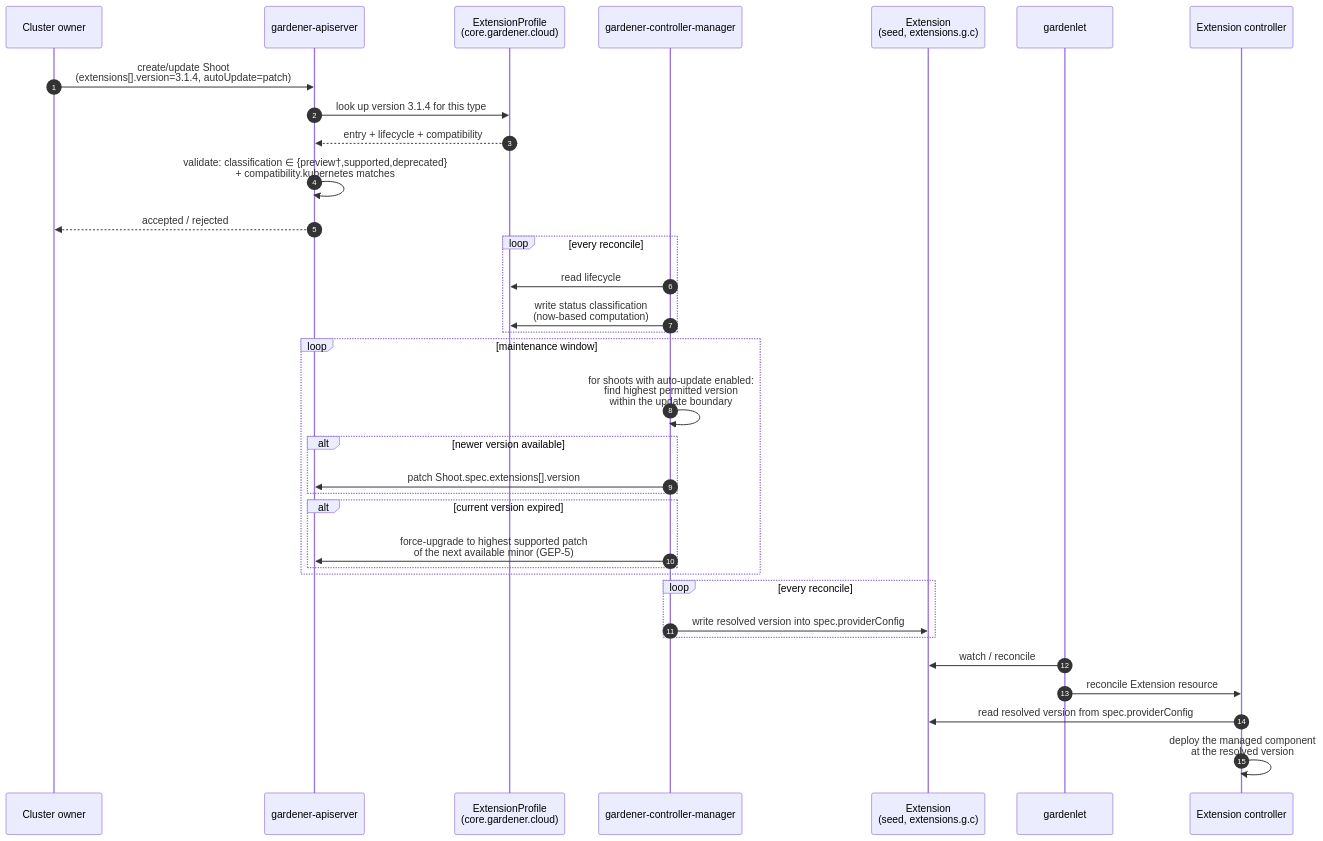
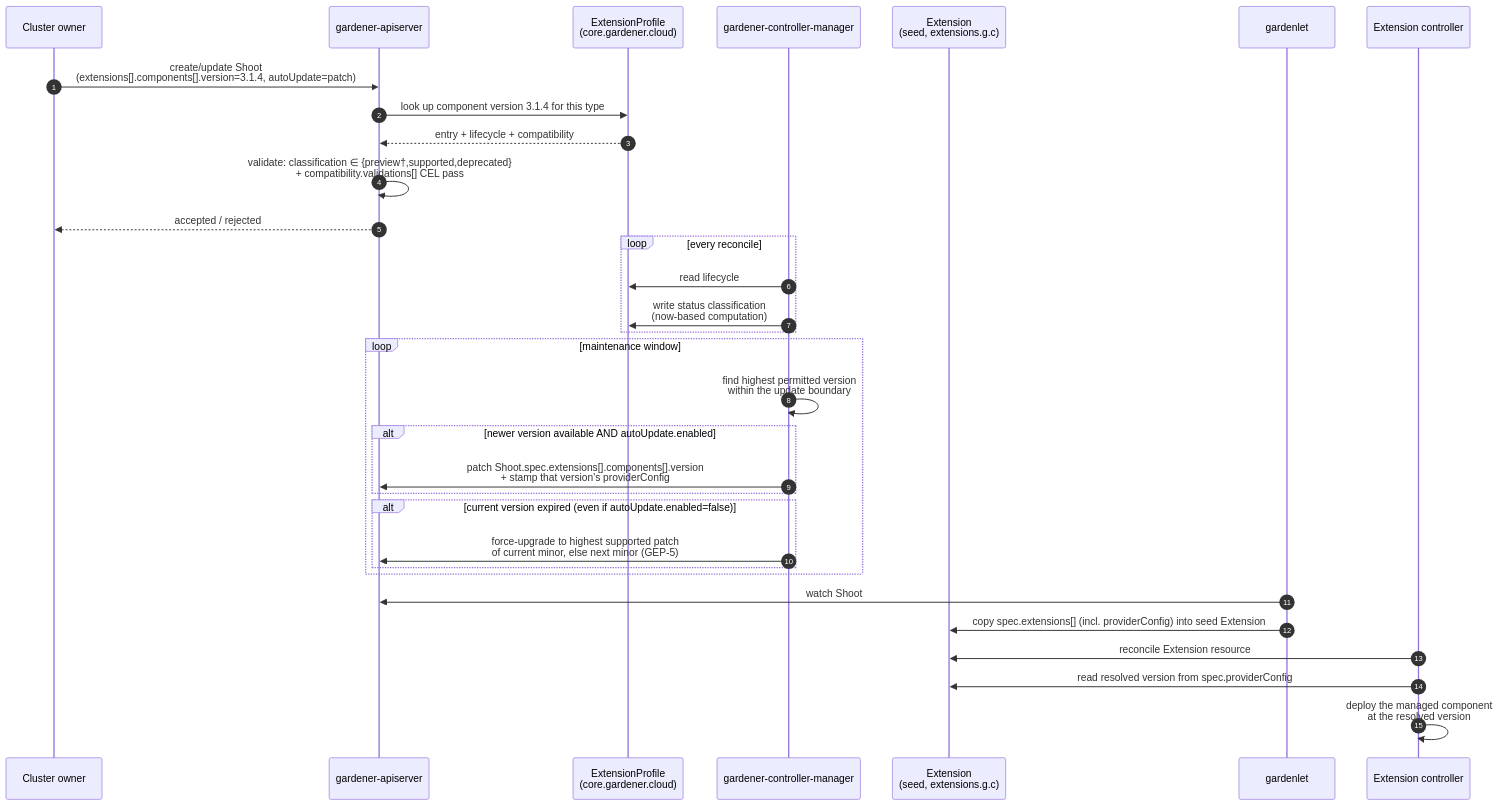
The diagram in geps/0078-extension-profile/flow.mmd (DockToFuture/enhancements), drawn with Mermaid before and after one commit. The commit also changed 3 other files, not shown here.

```diff
--- a/geps/0078-extension-profile/flow.mmd
+++ b/geps/0078-extension-profile/flow.mmd
@@ -1,40 +1,37 @@
 %%{init: {'theme': 'default', 'themeVariables': {'background': '#ffffff'}}}%%
 sequenceDiagram
   autonumber
   participant Owner as Cluster owner
   participant API as gardener-apiserver
   participant CAT as ExtensionProfile<br/>(core.gardener.cloud)
   participant GCM as gardener-controller-manager
   participant SEED as Extension<br/>(seed, extensions.g.c)
   participant GL as gardenlet
   participant EXT as Extension controller
 
-  Owner->>API: create/update Shoot<br/>(extensions[].version=3.1.4, autoUpdate=patch)
-  API->>CAT: look up version 3.1.4 for this type
+  Owner->>API: create/update Shoot<br/>(extensions[].components[].version=3.1.4, autoUpdate=patch)
+  API->>CAT: look up component version 3.1.4 for this type
   CAT-->>API: entry + lifecycle + compatibility
-  API->>API: validate: classification ∈ {preview†,supported,deprecated}<br/>+ compatibility.kubernetes matches
+  API->>API: validate: classification ∈ {preview†,supported,deprecated}<br/>+ compatibility.validations[] CEL pass
   API-->>Owner: accepted / rejected
 
   loop every reconcile
     GCM->>CAT: read lifecycle
     GCM->>CAT: write status classification<br/>(now-based computation)
   end
 
   loop maintenance window
-    GCM->>GCM: for shoots with auto-update enabled:<br/>find highest permitted version<br/>within the update boundary
-    alt newer version available
-      GCM->>API: patch Shoot.spec.extensions[].version
+    GCM->>GCM: find highest permitted version<br/>within the update boundary
+    alt newer version available AND autoUpdate.enabled
+      GCM->>API: patch Shoot.spec.extensions[].components[].version<br/>+ stamp that version's providerConfig
     end
-    alt current version expired
-      GCM->>API: force-upgrade to highest supported patch<br/>of the next available minor (GEP-5)
+    alt current version expired (even if autoUpdate.enabled=false)
+      GCM->>API: force-upgrade to highest supported patch<br/>of current minor, else next minor (GEP-5)
     end
   end
 
-  loop every reconcile
-    GCM->>SEED: write resolved version into spec.providerConfig
-  end
-
-  GL->>SEED: watch / reconcile
-  GL->>EXT: reconcile Extension resource
+  GL->>API: watch Shoot
+  GL->>SEED: copy spec.extensions[] (incl. providerConfig) into seed Extension
+  EXT->>SEED: reconcile Extension resource
   EXT->>SEED: read resolved version from spec.providerConfig
   EXT->>EXT: deploy the managed component<br/>at the resolved version
```
